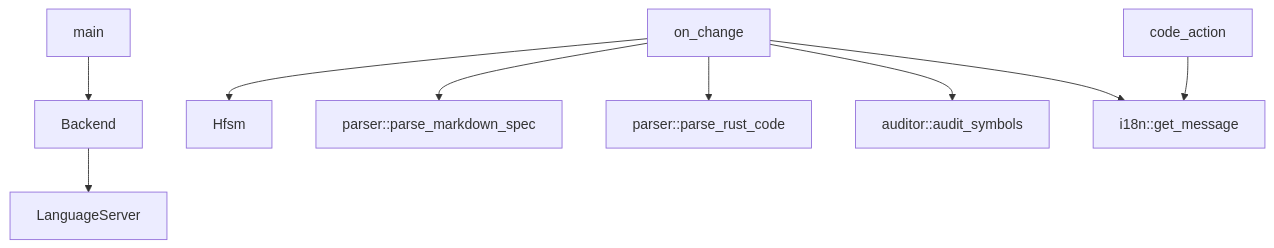
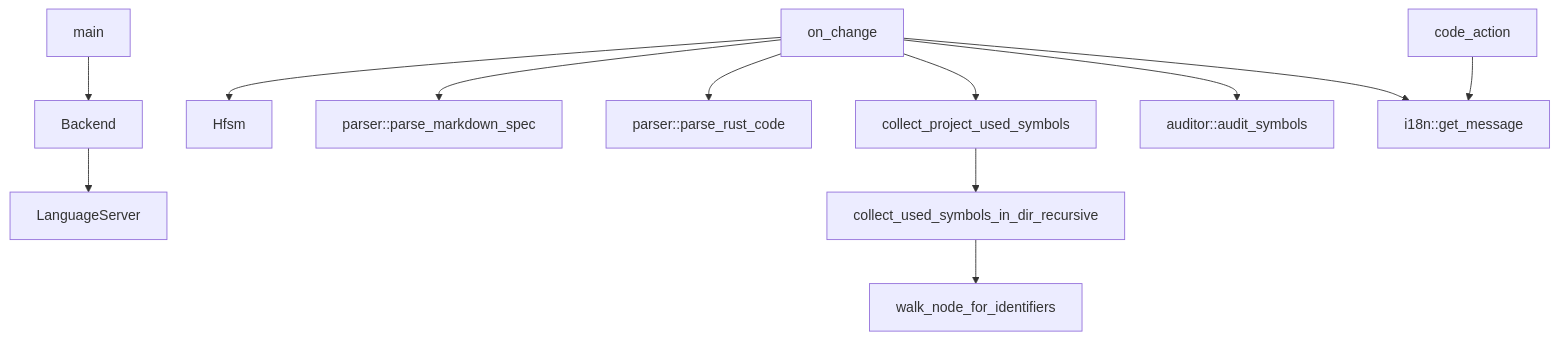
Before and after one commit to DovahkiinYuzuko/DocsAuditor: the diagram in docs/variables'n'functions/[Rust]main.md, drawn with Mermaid. The commit also changed other lines of this file and 16 other files, not shown here.

````diff
--- a/docs/variables'n'functions/[Rust]main.md
+++ b/docs/variables'n'functions/[Rust]main.md
@@ -47,11 +78,14 @@
 ```mermaid
 graph TD
     main --> Backend
     Backend --> LanguageServer
     on_change --> Hfsm
     on_change --> parser::parse_markdown_spec
     on_change --> parser::parse_rust_code
+    on_change --> collect_project_used_symbols
     on_change --> auditor::audit_symbols
     on_change --> i18n::get_message
     code_action --> i18n::get_message
+    collect_project_used_symbols --> collect_used_symbols_in_dir_recursive
+    collect_used_symbols_in_dir_recursive --> walk_node_for_identifiers
 ```
````
